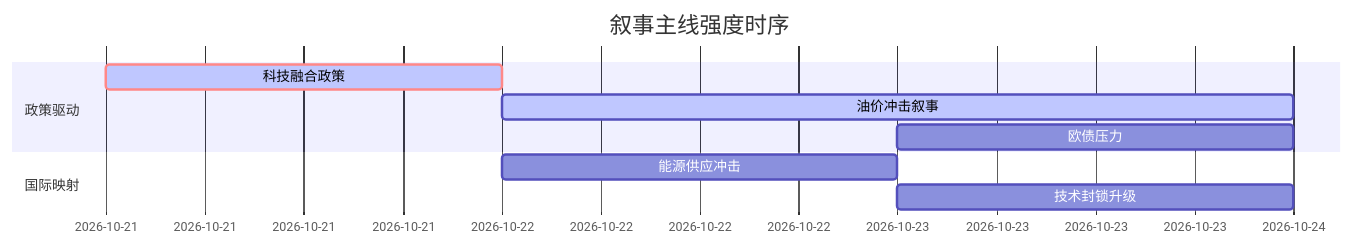
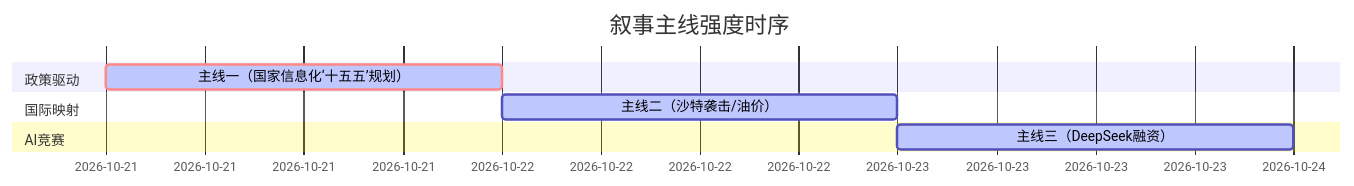
One commit to uu5zn/uu5zn.github.io changed the diagram in 5day_report.md. Above: the diagram before and after it, drawn with Mermaid. The commit also changed other lines of this file and 20 other files, not shown here.

````diff
--- a/5day_report.md
+++ b/5day_report.md
@@ -49,13 +53,11 @@
 ```mermaid
 gantt
     title 叙事主线强度时序
     dateFormat  YYYY-MM-DD
     section 政策驱动
-    科技融合政策   :crit, active, 2026-10-21, 1d
-    油价冲击叙事   :active, 2026-10-22, 2d
-    欧债压力   :2026-10-23, 1d
-    
+    主线一（国家信息化‘十五五’规划） :crit, active, 2026-10-21, 1d
     section 国际映射
-    能源供应冲击   :2026-10-22, 1d
-    技术封锁升级   :2026-10-23, 1d
+    主线二（沙特袭击/油价） :active, 2026-10-22, 1d
+    section AI竞赛
+    主线三（DeepSeek融资） :active, 2026-10-23, 1d
 ```
````
